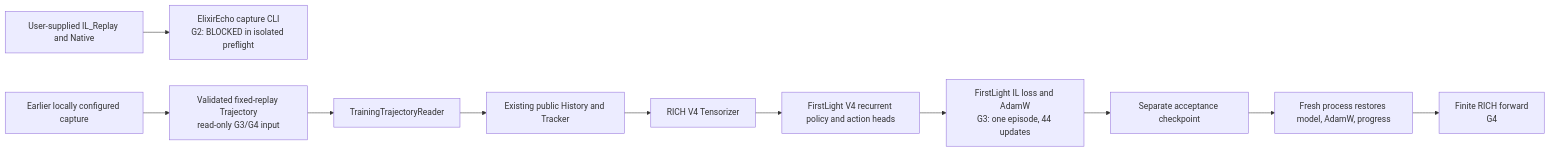
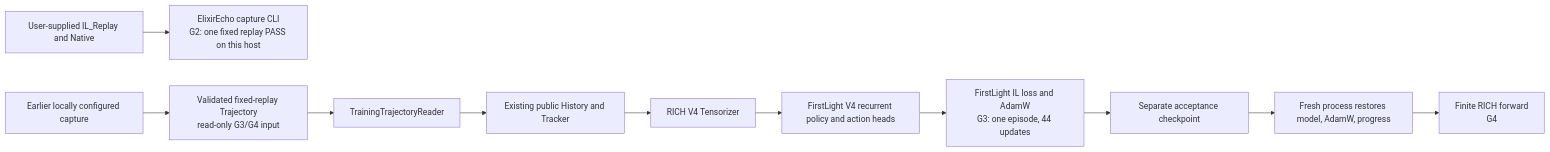
Before and after one commit to hero7014/ElixirEcho: the diagram in docs/demo-results.md, drawn with Mermaid. The commit also changed other lines of this file and 4 other files, not shown here.

Commit message:
docs: record G2 isolated replay capture acceptance

````diff
--- a/docs/demo-results.md
+++ b/docs/demo-results.md
@@ -10,13 +12,13 @@
 ```mermaid
 flowchart LR
-  Replay[User-supplied IL_Replay and Native] --> Capture[ElixirEcho capture CLI<br/>G2: BLOCKED in isolated preflight]
+  Replay[User-supplied IL_Replay and Native] --> Capture[ElixirEcho capture CLI<br/>G2: one fixed replay PASS on this host]
   EarlierCapture[Earlier locally configured capture] --> Archive[Validated fixed-replay Trajectory<br/>read-only G3/G4 input]
   Archive --> Reader[TrainingTrajectoryReader]
   Reader --> Temporal[Existing public History and Tracker]
   Temporal --> Tensorizer[RICH V4 Tensorizer]
   Tensorizer --> Model[FirstLight V4 recurrent policy and action heads]
   Model --> IL[FirstLight IL loss and AdamW<br/>G3: one episode, 44 updates]
   IL --> Checkpoint[Separate acceptance checkpoint]
   Checkpoint --> Reload[Fresh process restores model, AdamW, progress]
   Reload --> Forward[Finite RICH forward<br/>G4]
 ```
````
